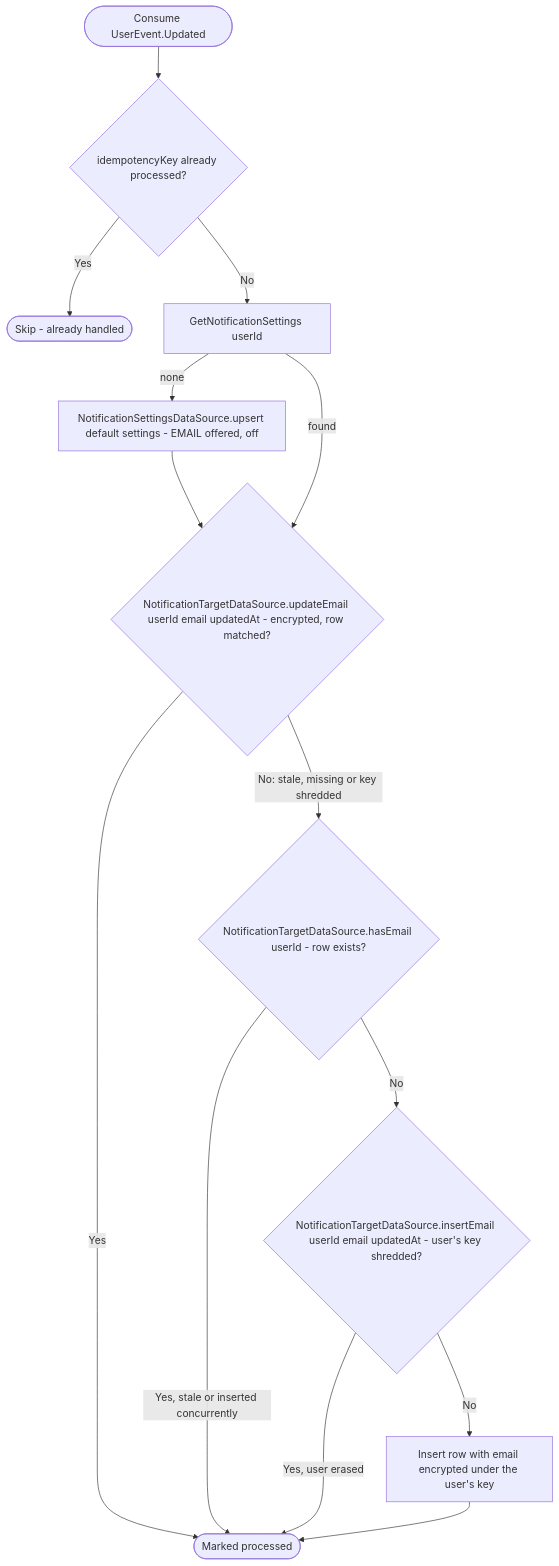
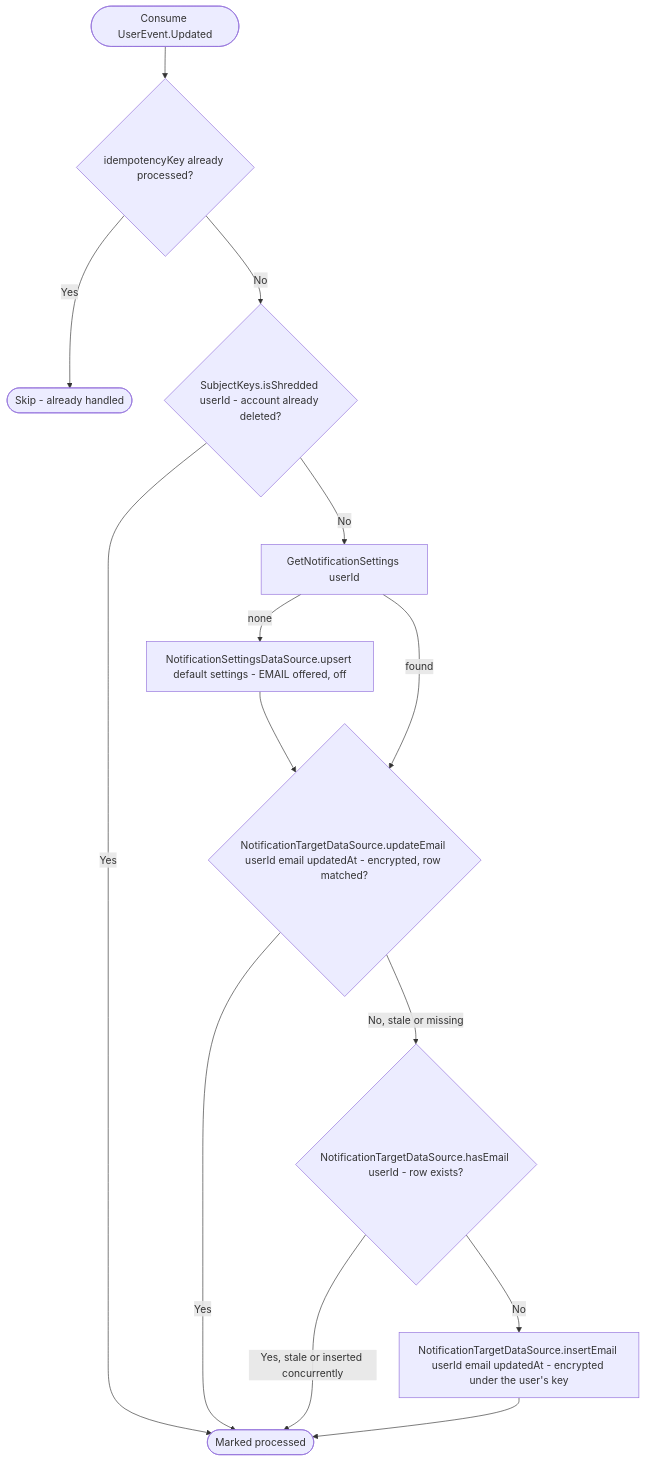
The diagram in docs/operations/notifications/on-user-updated.md (nocturneproperties/bookkme), drawn with Mermaid before and after one commit. The commit also changed other lines of this file and 15 other files, not shown here.

Commit message:
[ISSUE-157] fix settings recreation for a delete user

````diff
--- a/docs/operations/notifications/on-user-updated.md
+++ b/docs/operations/notifications/on-user-updated.md
@@ -21,16 +21,16 @@
 ```mermaid
 flowchart TD
     Start([Consume UserEvent.Updated]) --> Dedup{idempotencyKey already processed?}
     Dedup -- Yes --> Skip([Skip - already handled])
-    Dedup -- No --> GetSettings[GetNotificationSettings userId]
+    Dedup -- No --> Erased{SubjectKeys.isShredded userId - account already deleted?}
+    Erased -- Yes --> Ack
+    Erased -- No --> GetSettings[GetNotificationSettings userId]
     GetSettings -- none --> Create[NotificationSettingsDataSource.upsert default settings - EMAIL offered, off]
     Create --> UpdateEmail
     GetSettings -- found --> UpdateEmail{NotificationTargetDataSource.updateEmail userId email updatedAt - encrypted, row matched?}
     UpdateEmail -- Yes --> Ack([Marked processed])
-    UpdateEmail -- No: stale, missing or key shredded --> HasEmail{NotificationTargetDataSource.hasEmail userId - row exists?}
-    HasEmail -- No --> Insert{NotificationTargetDataSource.insertEmail userId email updatedAt - user's key shredded?}
+    UpdateEmail -- No, stale or missing --> HasEmail{NotificationTargetDataSource.hasEmail userId - row exists?}
+    HasEmail -- No --> Insert[NotificationTargetDataSource.insertEmail userId email updatedAt - encrypted under the user's key]
     HasEmail -- Yes, stale or inserted concurrently --> Ack
-    Insert -- No --> Encrypt[Insert row with email encrypted under the user's key]
-    Insert -- Yes, user erased --> Ack
-    Encrypt --> Ack
+    Insert --> Ack
 ```
````
